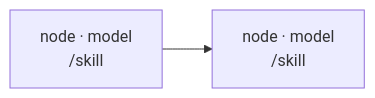
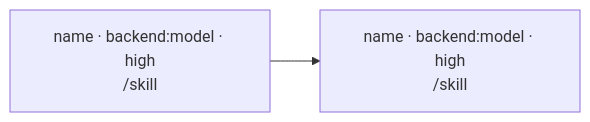
The diagram in skills/create-workflow/references/workflow_doc_template.md (ariavasulin/my-skills), drawn with Mermaid before and after one commit. The commit also changed other lines of this file and 4 other files, not shown here.

````diff
--- a/skills/create-workflow/references/workflow_doc_template.md
+++ b/skills/create-workflow/references/workflow_doc_template.md
@@ -27,4 +43,4 @@
 ```mermaid
 flowchart LR
-  A[node · model<br>/skill] --> B[node · model<br>/skill]
+  A["name · backend:model · high<br>/skill"] --> B["name · backend:model · high<br>/skill"]
 ```
````
